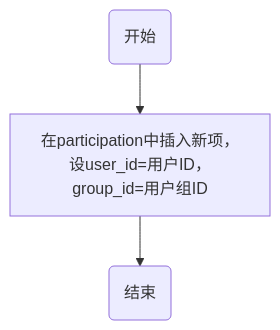
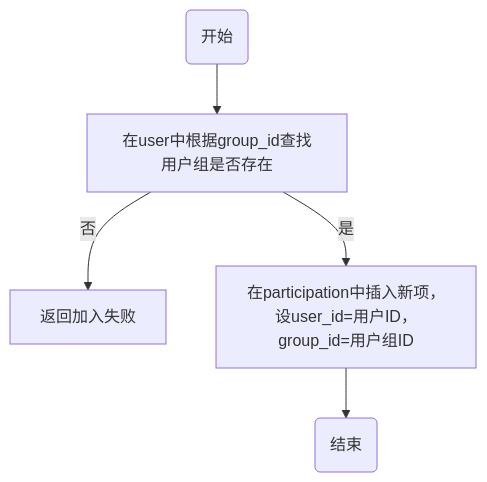
One commit to Yhonbin/ShareCloud changed the eighth of 10 diagrams in doc/需求分析.md. Above: the diagram before and after it, drawn with Mermaid. The commit also changed other lines of this file and 5 other files, not shown here.

````diff
--- a/doc/需求分析.md
+++ b/doc/需求分析.md
@@ -424,4 +425,6 @@
    ```mermaid
     graph TD
-    S("开始")-->A["在participation中插入新项，设user_id=用户ID，group_id=用户组ID"]-->E("结束")
+    S("开始")-->B["在user中根据group_id查找用户组是否存在"]
+    B--否-->返回加入失败
+    B--是-->A["在participation中插入新项，设user_id=用户ID，group_id=用户组ID"]-->E("结束")
    ```
````
